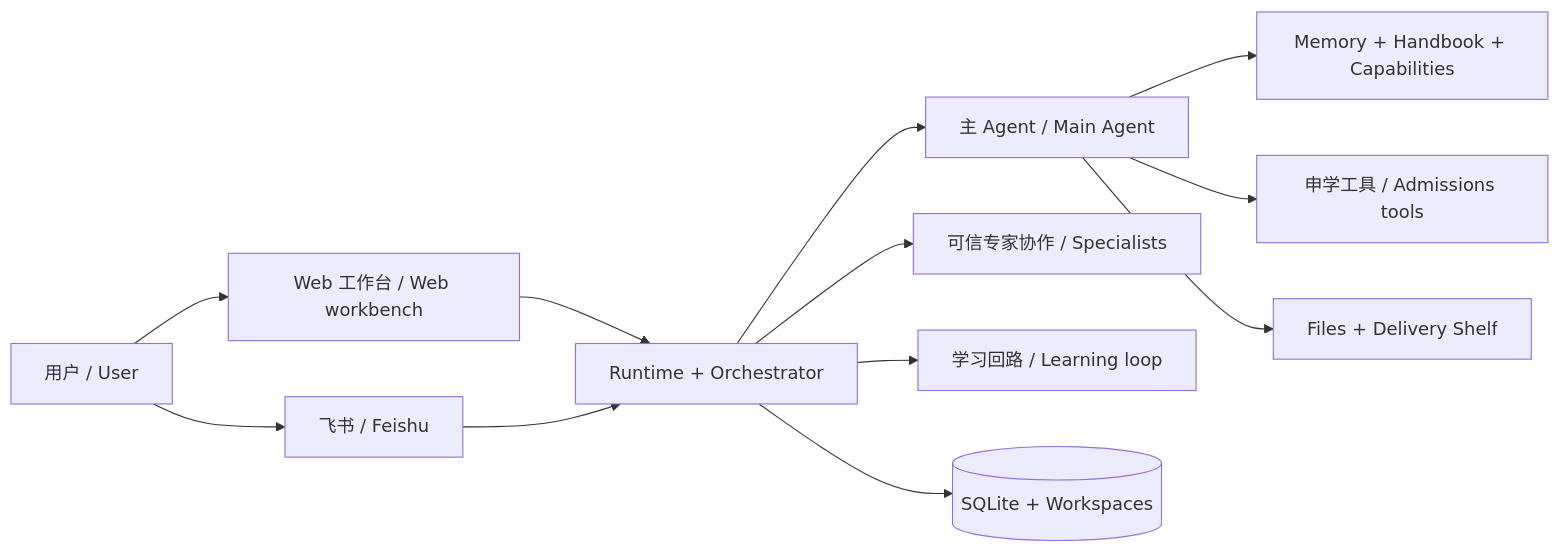
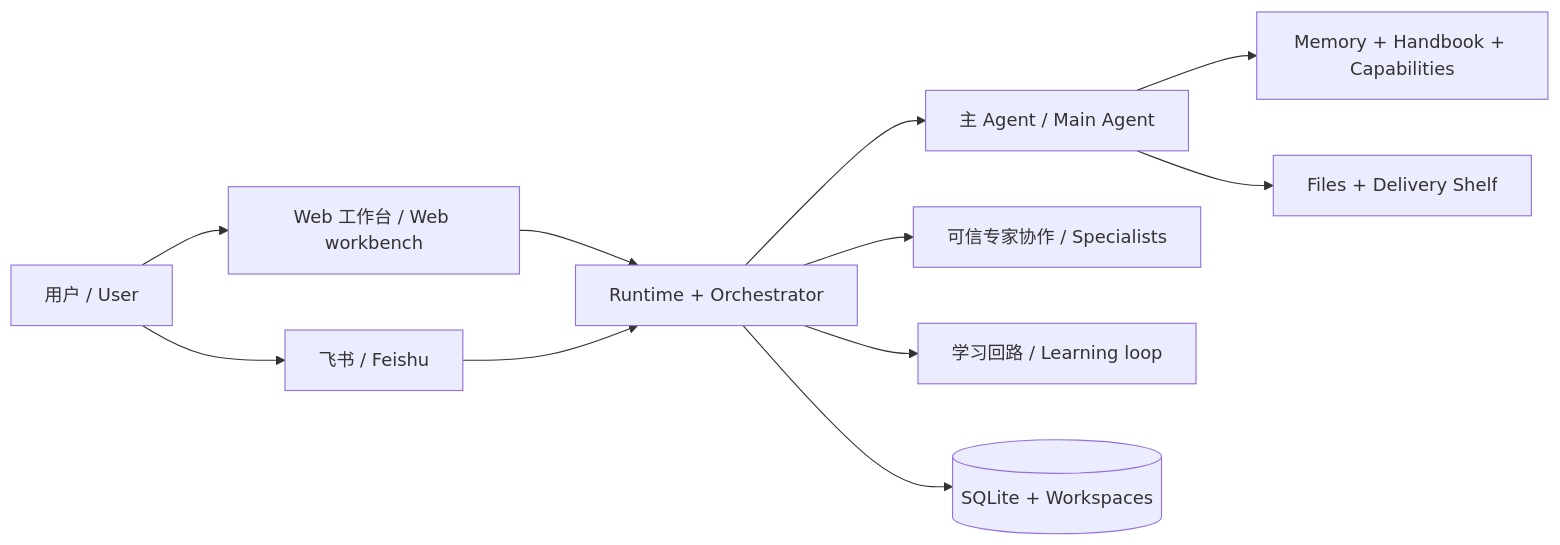
One commit to YukunHe16/fieldnote changed the diagram in docs/FEATURES.md. Above: the diagram before and after it, drawn with Mermaid. The commit also changed other lines of this file and 23 other files, not shown here.

````diff
--- a/docs/FEATURES.md
+++ b/docs/FEATURES.md
@@ -51,14 +49,13 @@
 ```mermaid
 flowchart LR
     U[用户 / User] --> W[Web 工作台 / Web workbench]
     U --> F[飞书 / Feishu]
     W --> O[Runtime + Orchestrator]
     F --> O
     O --> A[主 Agent / Main Agent]
     O --> C[可信专家协作 / Specialists]
     O --> L[学习回路 / Learning loop]
     O --> S[(SQLite + Workspaces)]
     A --> M[Memory + Handbook + Capabilities]
-    A --> D[申学工具 / Admissions tools]
     A --> X[Files + Delivery Shelf]
 ```
````
